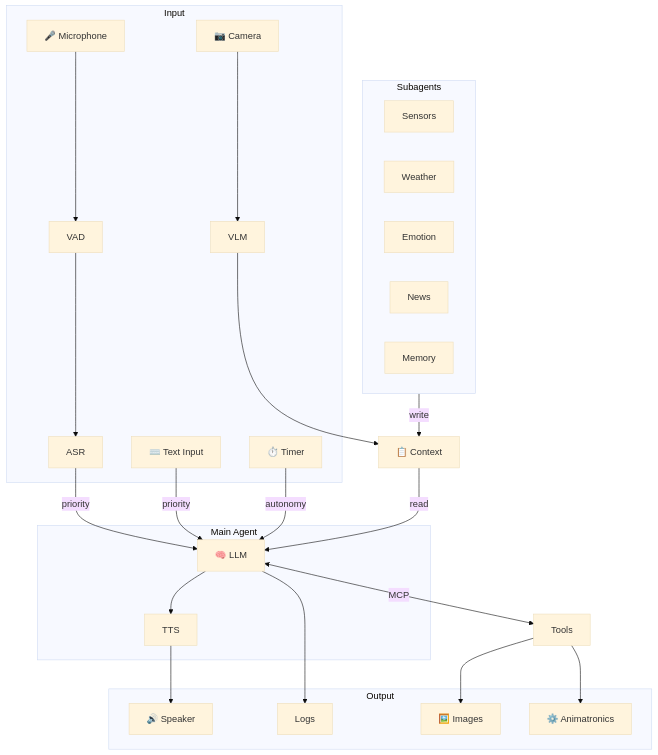
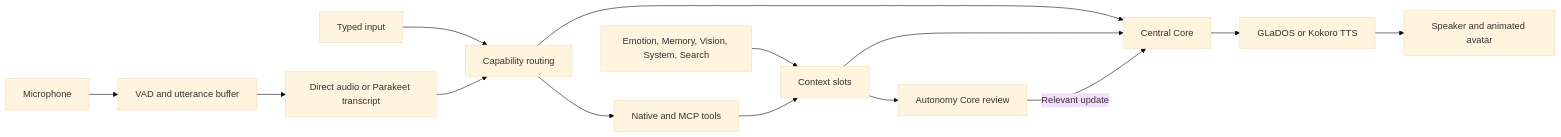
One commit to dnhkng/GLaDOS changed the diagram in README.md. Above: the diagram before and after it, drawn with Mermaid (base theme). The commit also changed other lines of this file, not shown here.

````diff
--- a/README.md
+++ b/README.md
@@ -71,44 +257,16 @@
 ```mermaid
-flowchart TB
-    subgraph Input
-        mic[🎤 Microphone] --> vad[VAD] --> asr[ASR]
-        text[⌨️ Text Input]
-        tick[⏱️ Timer]
-        cam[📷 Camera]--> vlm[VLM]
-    end
-
-    subgraph Minds["Subagents"]
-        sensors[Sensors]
-        weather[Weather]
-        emotion[Emotion]
-        news[News]
-        memory[Memory]
-    end
-
-    ctx[📋 Context]
-
-    subgraph Core["Main Agent"]
-        llm[🧠 LLM]
-        tts[TTS]
-    end
-
-    subgraph Output
-        speaker[🔊 Speaker]
-        logs[Logs]
-        images[🖼️ Images]
-        motors[⚙️ Animatronics]
-    end
-
-    asr -->|priority| llm
-    text -->|priority| llm
-    vlm --> ctx
-    tick -->|autonomy| llm
-
-    Minds -->|write| ctx
-    ctx -->|read| llm
-    llm --> tts --> speaker
-    llm --> logs
-    llm <-->|MCP| tools[Tools]
-    tools --> images
-    tools --> motors
+flowchart LR
+    mic[Microphone] --> vad[VAD and utterance buffer]
+    vad --> input[Direct audio or Parakeet transcript]
+    text[Typed input] --> route[Capability routing]
+    input --> route
+    route --> central[Central Core]
+    route --> tools[Native and MCP tools]
+    cores[Emotion, Memory, Vision, System, Search] --> slots[Context slots]
+    tools --> slots
+    slots --> central
+    slots --> autonomy[Autonomy Core review]
+    autonomy -->|Relevant update| central
+    central --> tts[GLaDOS or Kokoro TTS]
+    tts --> output[Speaker and animated avatar]
 ```
````
